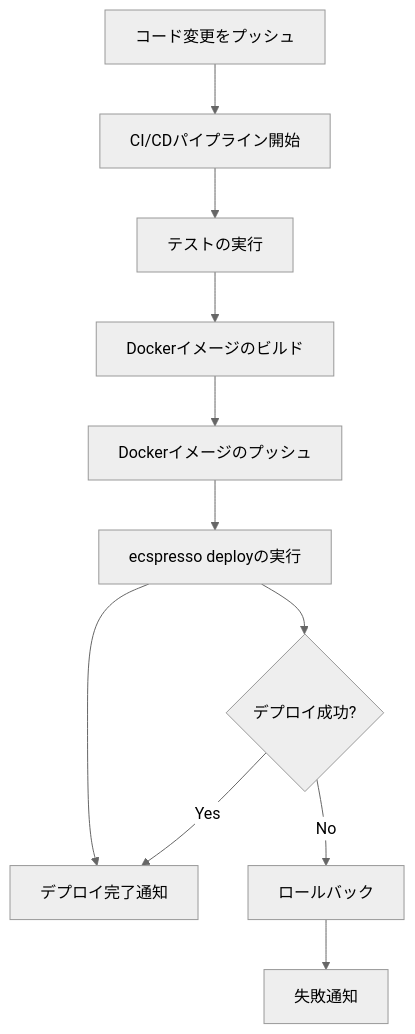
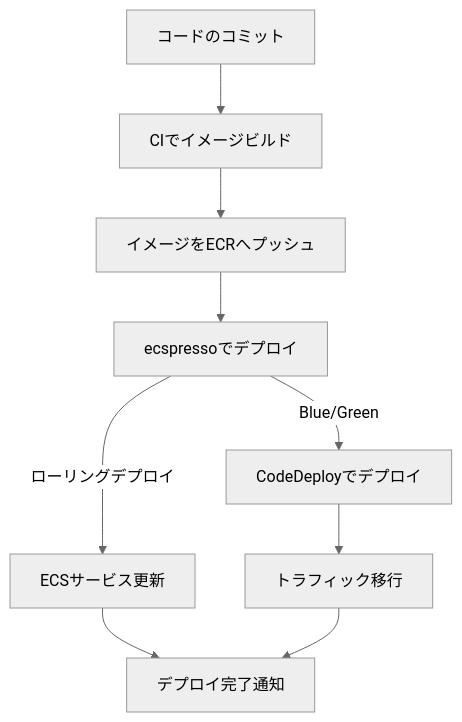
Before and after one commit to bufferings/devin-docs: the diagram in ecspresso/practical/cicd.md, drawn with Mermaid (neutral theme). The commit also changed other lines of this file and 31 other files, not shown here.

````diff
--- a/ecspresso/practical/cicd.md
+++ b/ecspresso/practical/cicd.md
@@ -54,14 +71,11 @@
 ```mermaid
 graph TD
-    A[コード変更をプッシュ] --> B[CI/CDパイプライン開始]
-    B --> C[テストの実行]
-    C --> D[Dockerイメージのビルド]
-    D --> E[Dockerイメージのプッシュ]
-    E --> F[ecspresso deployの実行]
-    F --> G[デプロイ完了通知]
-    
-    F --> H{デプロイ成功?}
-    H -->|Yes| G
-    H -->|No| I[ロールバック]
-    I --> J[失敗通知]
+  A[コードのコミット] --> B[CIでイメージビルド]
+  B --> C[イメージをECRへプッシュ]
+  C --> D[ecspressoでデプロイ]
+  D -->|ローリングデプロイ| E[ECSサービス更新]
+  D -->|Blue/Green| F[CodeDeployでデプロイ]
+  F --> G[トラフィック移行]
+  E --> H[デプロイ完了通知]
+  G --> H
 ```
````
